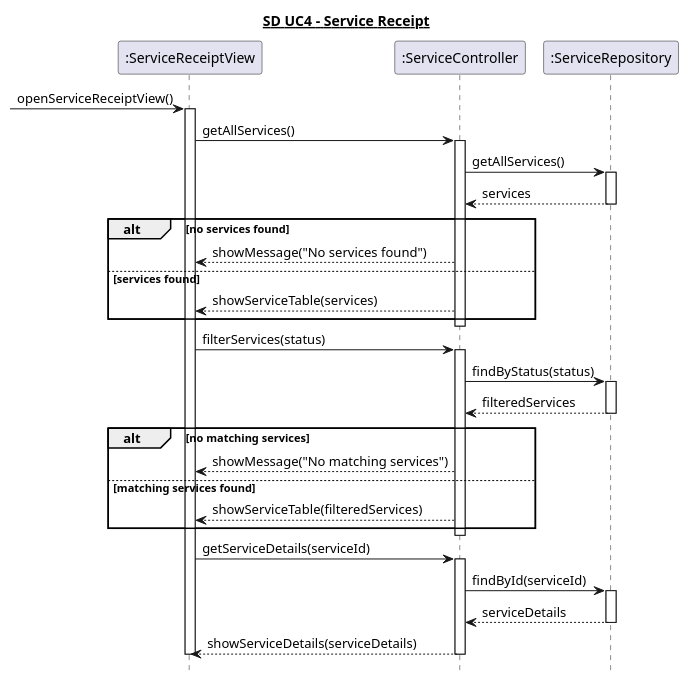
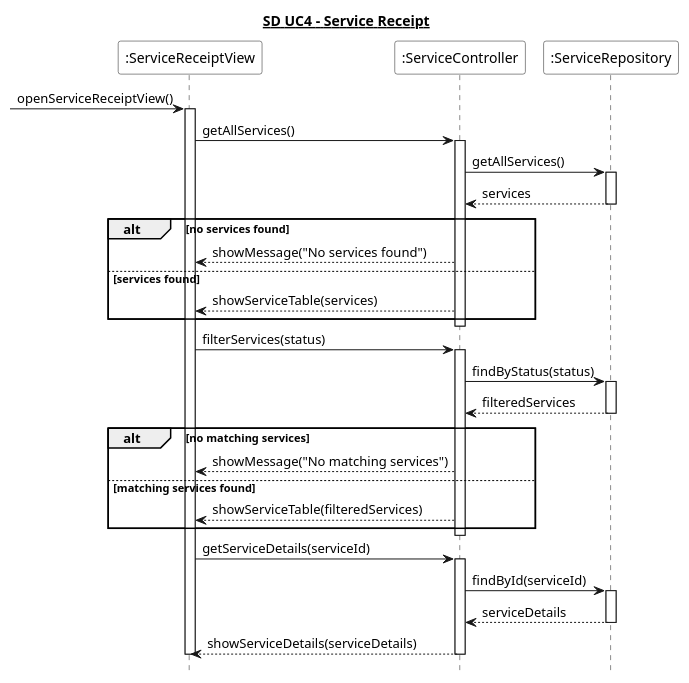
One commit to Zoabz/Getting-Real changed the diagram in 6. Sekvens Diagrammer/UC4_service_kvittering.puml. Above: the diagram before and after it, drawn with PlantUML. The commit also changed 8 other files, not shown here.

```diff
--- a/6. Sekvens Diagrammer/UC4_service_kvittering.puml
+++ b/6. Sekvens Diagrammer/UC4_service_kvittering.puml
@@ -1,55 +1,55 @@
 @startuml
 hide footbox
 title <U>SD UC4 - Service Receipt
 
-participant ":ServiceReceiptView" as View
-participant ":ServiceController" as Controller
-participant ":ServiceRepository" as Repository
+participant ":ServiceReceiptView" as View #White
+participant ":ServiceController" as Controller #White
+participant ":ServiceRepository" as Repository #White
 
 [-> View : openServiceReceiptView()
 activate View
 
 View -> Controller : getAllServices()
 activate Controller
 
 Controller -> Repository : getAllServices()
 activate Repository
 Repository --> Controller : services
 deactivate Repository
 
 alt no services found
     Controller --> View : showMessage("No services found")
 
 else services found
     Controller --> View : showServiceTable(services)
 end
 
 deactivate Controller
 
 View -> Controller : filterServices(status)
 activate Controller
 Controller -> Repository : findByStatus(status)
 activate Repository
 Repository --> Controller : filteredServices
 deactivate Repository
 
 alt no matching services
     Controller --> View : showMessage("No matching services")
 else matching services found 
     Controller --> View : showServiceTable(filteredServices)
 end
 
 deactivate Controller
 
 View -> Controller : getServiceDetails(serviceId)
 activate Controller
 Controller -> Repository : findById(serviceId)
 activate Repository
 Repository --> Controller : serviceDetails
 deactivate Repository
 Controller --> View : showServiceDetails(serviceDetails)
 
 deactivate Controller
 deactivate View
 
 @enduml
```
